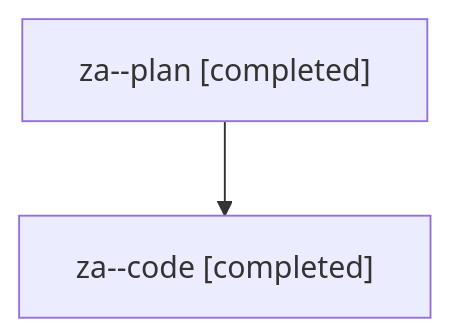
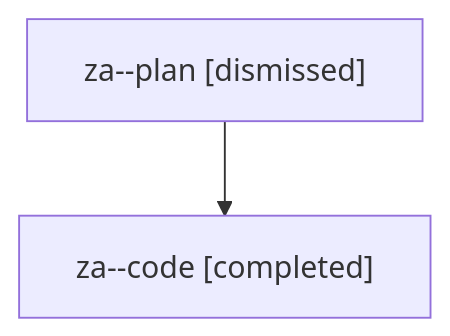
Before and after one commit to sase-org/sase--agents: the diagram in families/bbugyi200.athena.za.md, drawn with Mermaid. The commit also changed other lines of this file and 1178 other files, not shown here.

````diff
--- a/families/bbugyi200.athena.za.md
+++ b/families/bbugyi200.athena.za.md
@@ -9,6 +9,6 @@
 ```mermaid
 flowchart TD
-  n0["za--plan [completed]"]
+  n0["za--plan [dismissed]"]
   n1["za--code [completed]"]
   n0 --> n1
 ```
````
